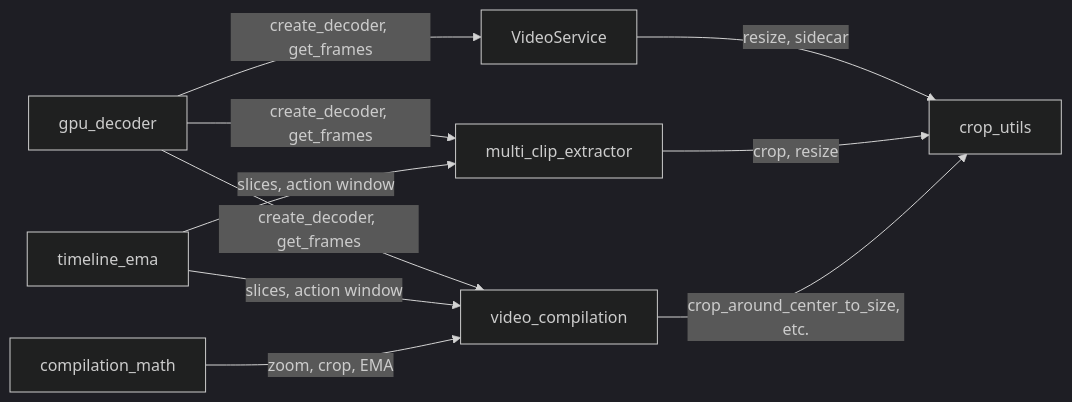
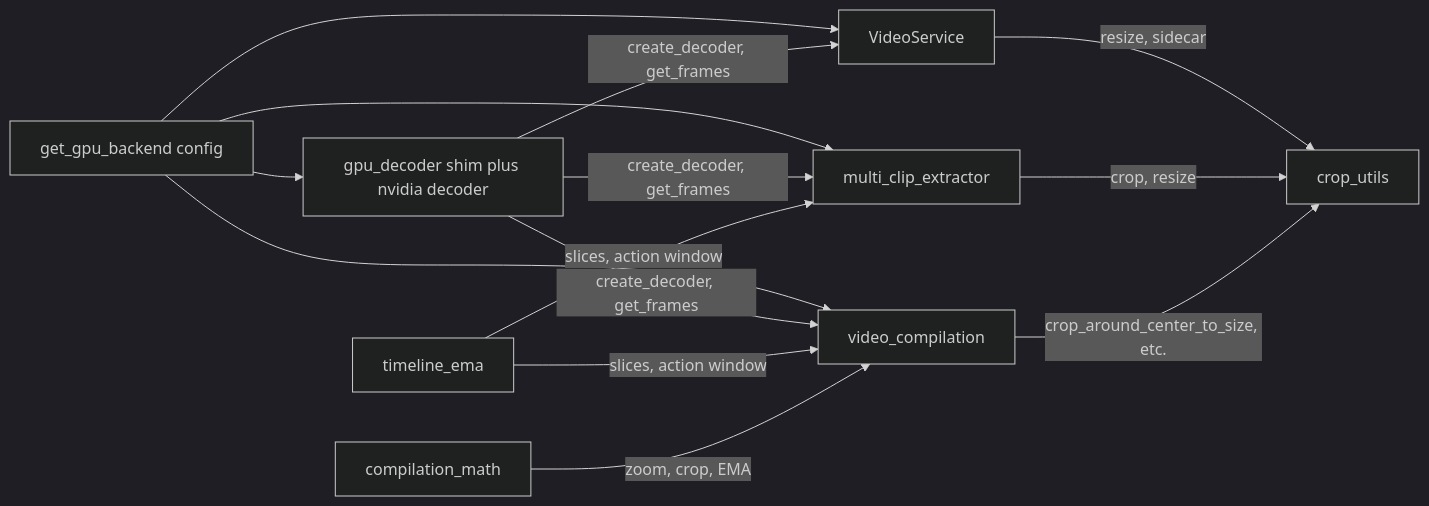
Before and after one commit to jballard86/frigate-event-buffer: the diagram in docs/maps/PROCESSING.md, drawn with Mermaid (dark theme). The commit also changed other lines of this file and 32 other files, not shown here.

First line of the commit message:
feat(gpu): multi-phase gpu_backends registry, Nvidia shim, docs (gpu-01)

````diff
--- a/docs/maps/PROCESSING.md
+++ b/docs/maps/PROCESSING.md
@@ -54,20 +82,25 @@
 ```mermaid
 flowchart LR
-  GpuDec[gpu_decoder]
+  Reg[get_gpu_backend config]
+  GpuDec[gpu_decoder shim plus nvidia decoder]
   Video[VideoService]
   MCE[multi_clip_extractor]
   Comp[video_compilation]
   Crop[crop_utils]
   TEMA[timeline_ema]
   CMath[compilation_math]
 
+  Reg --> GpuDec
+  Reg --> Video
+  Reg --> MCE
+  Reg --> Comp
   GpuDec -->|"create_decoder, get_frames"| Video
   GpuDec -->|"create_decoder, get_frames"| MCE
   GpuDec -->|"create_decoder, get_frames"| Comp
   Video -->|"resize, sidecar"| Crop
   MCE -->|"crop, resize"| Crop
   Comp -->|"crop_around_center_to_size, etc."| Crop
   TEMA -->|"slices, action window"| MCE
   TEMA -->|"slices, action window"| Comp
   CMath -->|"zoom, crop, EMA"| Comp
 ```
````
